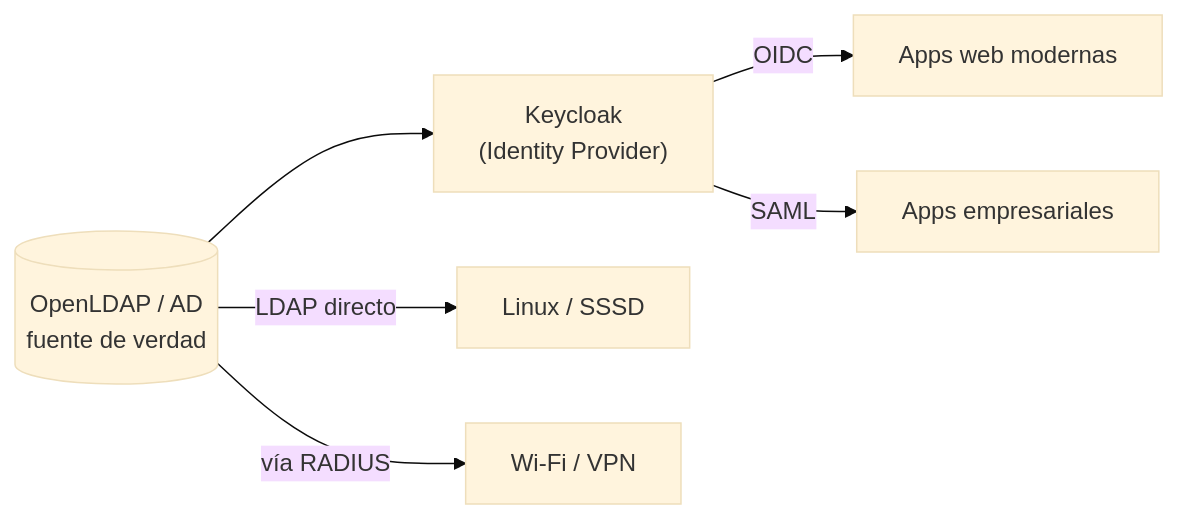
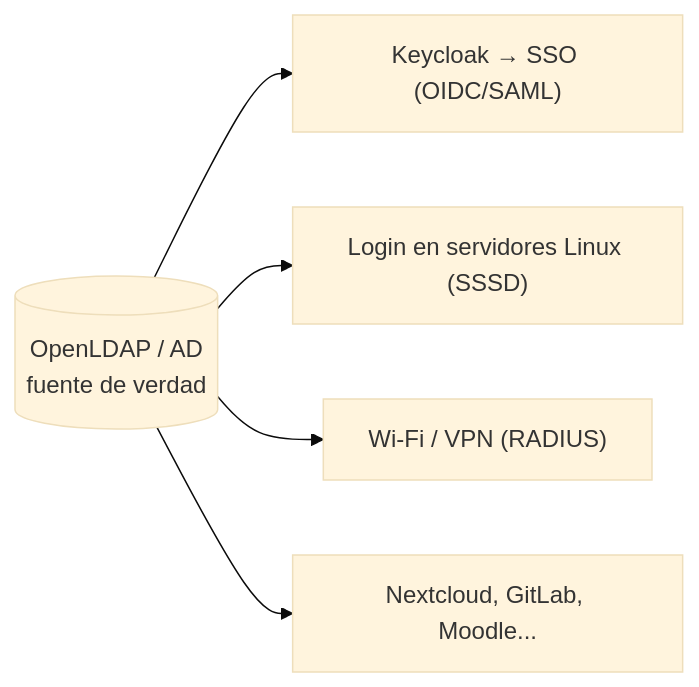
Before and after one commit to carlosmmairena/workshop-ldap: the fifth of 5 diagrams in README.md, drawn with Mermaid (base theme). The commit also changed other lines of this file and 1 other file, not shown here.

````diff
--- a/README.md
+++ b/README.md
@@ -684,10 +437,8 @@
 ```mermaid
 flowchart LR
     LDAP[("OpenLDAP / AD<br/>fuente de verdad")]
-    KC["Keycloak<br/>(Identity Provider)"]
-    LDAP --> KC
-    KC -->|OIDC| APP1["Apps web modernas"]
-    KC -->|SAML| APP2["Apps empresariales"]
-    LDAP -->|LDAP directo| APP3["Linux / SSSD"]
-    LDAP -->|vía RADIUS| APP4["Wi-Fi / VPN"]
+    LDAP --> KC["Keycloak → SSO (OIDC/SAML)"]
+    LDAP --> LX["Login en servidores Linux (SSSD)"]
+    LDAP --> WF["Wi-Fi / VPN (RADIUS)"]
+    LDAP --> APPS["Nextcloud, GitLab, Moodle..."]
 ```
````
